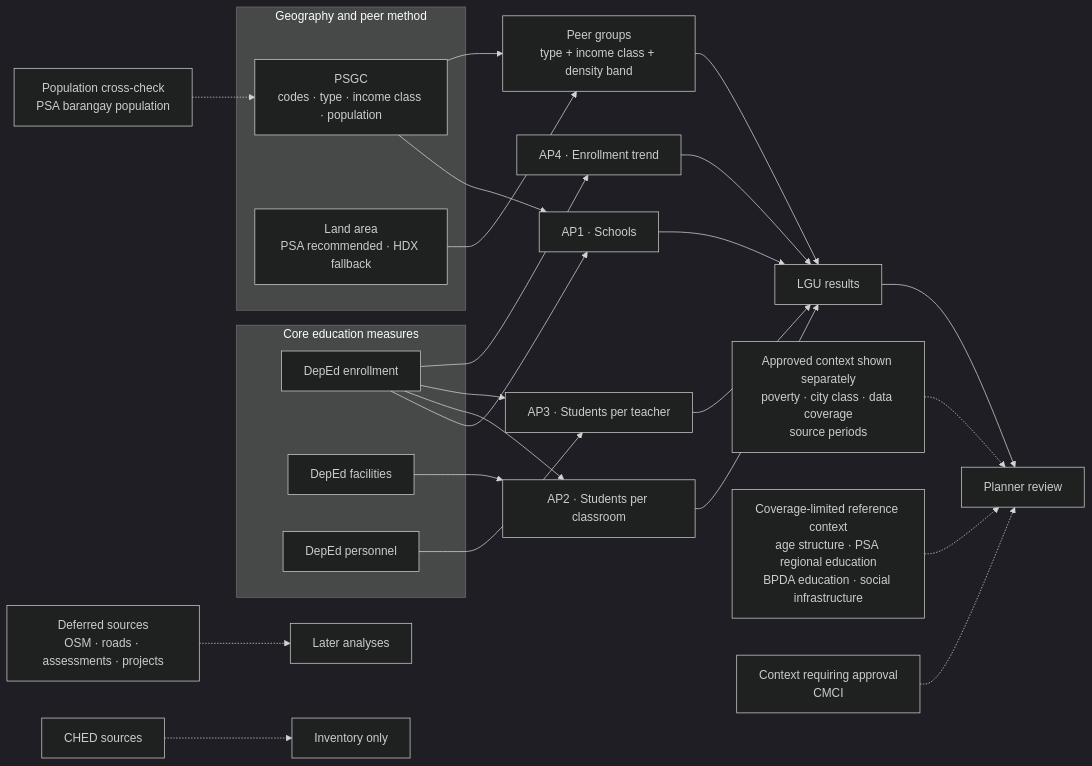
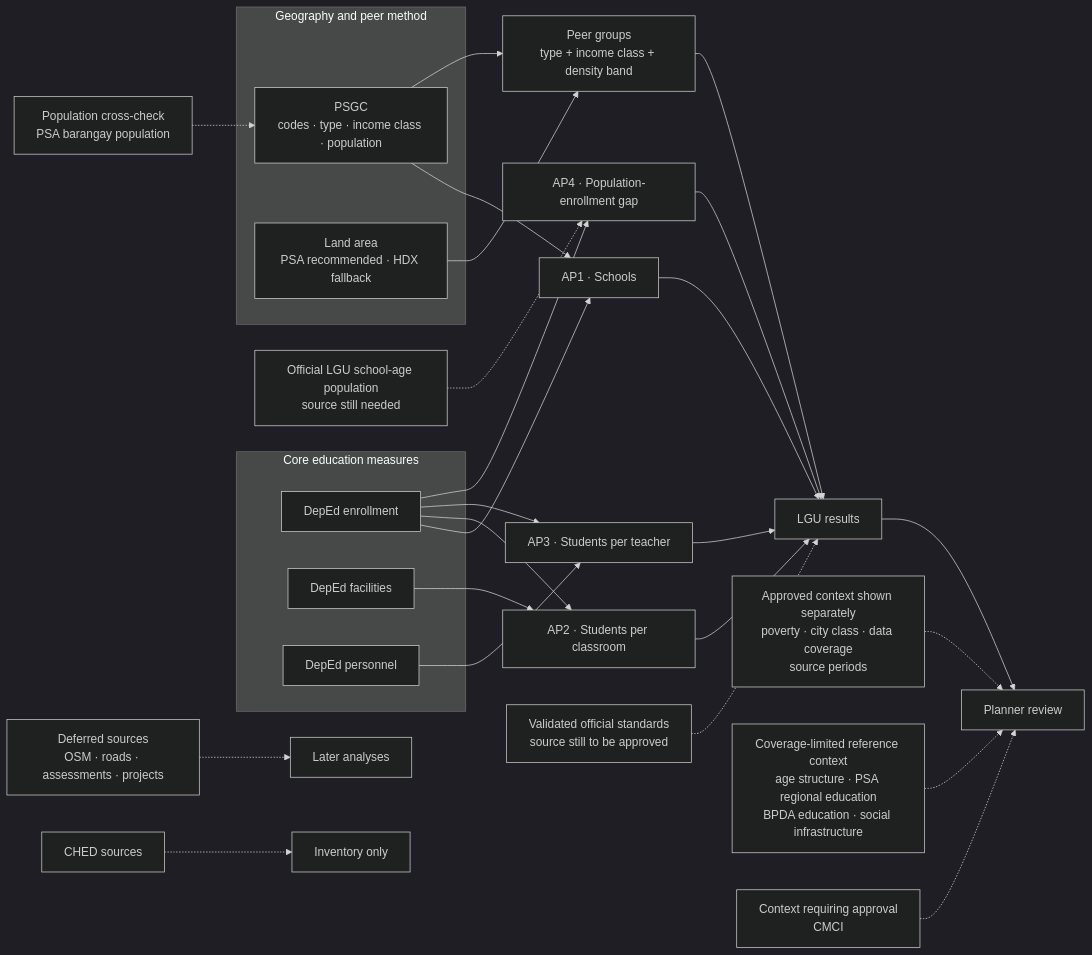
One commit to reached-hq/edu-access-intelligence changed the first of 3 diagrams in docs/business/dataset-use-map.md. Above: the diagram before and after it, drawn with Mermaid (dark theme). The commit also changed other lines of this file and 4 other files, not shown here.

````diff
--- a/docs/business/dataset-use-map.md
+++ b/docs/business/dataset-use-map.md
@@ -19,37 +19,39 @@
 ```mermaid
 flowchart LR
     subgraph CORE["Core education measures"]
         ENR["DepEd enrollment"]
         FAC["DepEd facilities"]
         PER["DepEd personnel"]
     end
 
     subgraph METHOD["Geography and peer method"]
     PSGC["PSGC<br/>codes · type · income class · population"]
     AREA["Land area<br/>PSA recommended · HDX fallback"]
     end
 
     ENR --> AP1["AP1 · Schools"]
     PSGC --> AP1
     ENR --> AP2["AP2 · Students per classroom"]
     FAC --> AP2
     ENR --> AP3["AP3 · Students per teacher"]
     PER --> AP3
-    ENR --> AP4["AP4 · Enrollment trend"]
+    ENR --> AP4["AP4 · Population-enrollment gap"]
+    AGE["Official LGU school-age population<br/>source still needed"] -.-> AP4
 
     PSGC --> PEERS["Peer groups<br/>type + income class + density band"]
     AREA --> PEERS
     AP1 --> RESULT["LGU results"]
     AP2 --> RESULT
     AP3 --> RESULT
     AP4 --> RESULT
     PEERS --> RESULT
+    STANDARD["Validated official standards<br/>source still to be approved"] -.-> RESULT
 
     CONTEXT["Approved context shown separately<br/>poverty · city class · data coverage<br/>source periods"] -.-> DASH["Planner review"]
     LIMITED["Coverage-limited reference context<br/>age structure · PSA regional education<br/>BPDA education · social infrastructure"] -.-> DASH
     CANDIDATE["Context requiring approval<br/>CMCI"] -.-> DASH
     POPCHECK["Population cross-check<br/>PSA barangay population"] -.-> PSGC
     RESULT --> DASH
     DEFER["Deferred sources<br/>OSM · roads · assessments · projects"] -.-> LATER["Later analyses"]
     EXCLUDED["CHED sources"] -.-> RECORD["Inventory only"]
 ```
````
